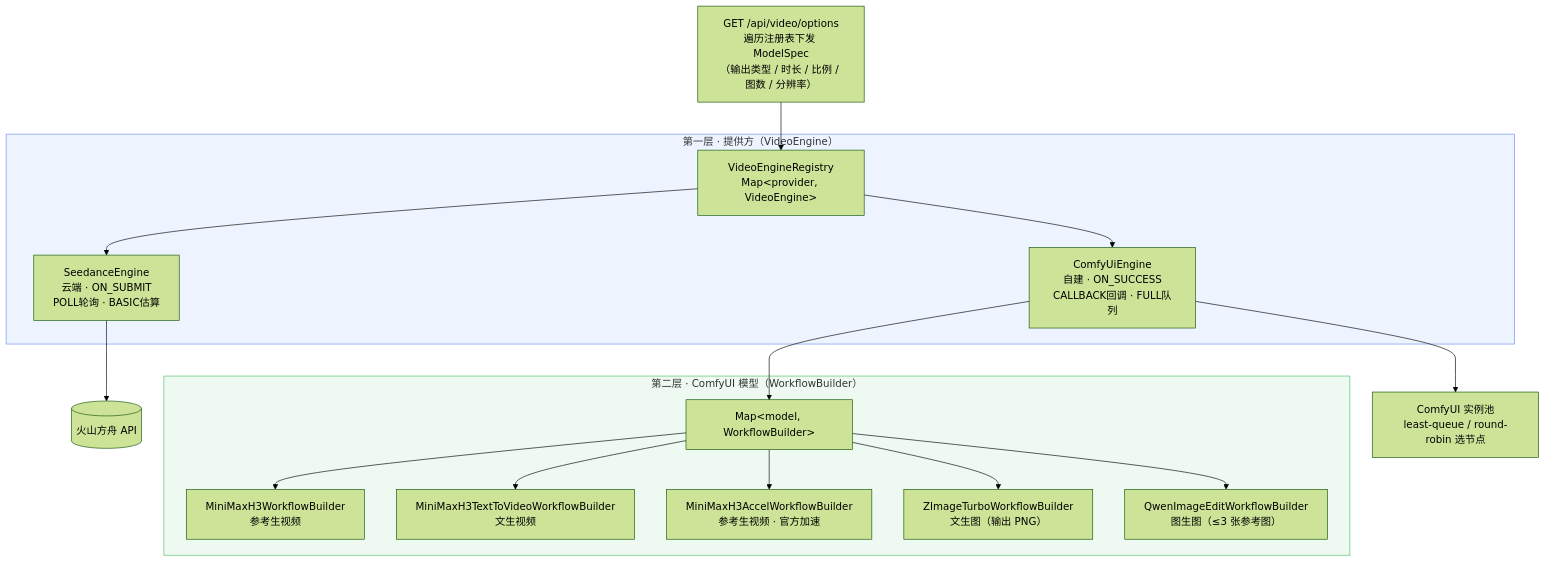
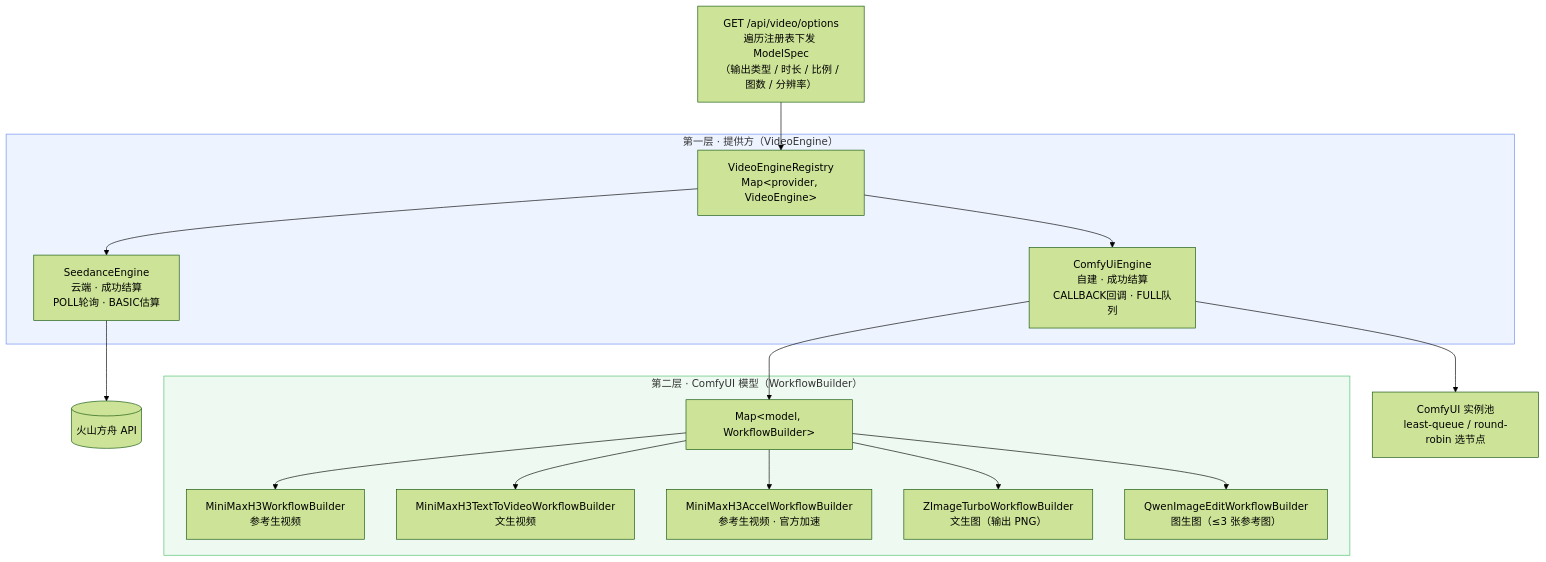
The second of 4 diagrams in README.md (rain10200918/SeedanceGenarate), drawn with Mermaid (forest theme) before and after one commit. The commit also changed other lines of this file and 3 other files, not shown here.

````diff
--- a/README.md
+++ b/README.md
@@ -166,29 +191,29 @@
 ```mermaid
 flowchart TD
     OPT["GET /api/video/options<br/>遍历注册表下发 ModelSpec<br/>（输出类型 / 时长 / 比例 / 图数 / 分辨率）"] --> REG
 
     subgraph L1["第一层 · 提供方（VideoEngine）"]
         REG["VideoEngineRegistry<br/>Map&lt;provider, VideoEngine&gt;"]
-        SE["SeedanceEngine<br/>云端 · ON_SUBMIT<br/>POLL轮询 · BASIC估算"]
-        CE["ComfyUiEngine<br/>自建 · ON_SUCCESS<br/>CALLBACK回调 · FULL队列"]
+        SE["SeedanceEngine<br/>云端 · 成功结算<br/>POLL轮询 · BASIC估算"]
+        CE["ComfyUiEngine<br/>自建 · 成功结算<br/>CALLBACK回调 · FULL队列"]
         REG --> SE
         REG --> CE
     end
 
     subgraph L2["第二层 · ComfyUI 模型（WorkflowBuilder）"]
         CE --> WM["Map&lt;model, WorkflowBuilder&gt;"]
         WM --> M1["MiniMaxH3WorkflowBuilder<br/>参考生视频"]
         WM --> M2["MiniMaxH3TextToVideoWorkflowBuilder<br/>文生视频"]
         WM --> M3["MiniMaxH3AccelWorkflowBuilder<br/>参考生视频 · 官方加速"]
         WM --> M4["ZImageTurboWorkflowBuilder<br/>文生图（输出 PNG）"]
         WM --> M5["QwenImageEditWorkflowBuilder<br/>图生图（≤3 张参考图）"]
     end
 
     SD[("火山方舟 API")]
     CF["ComfyUI 实例池<br/>least-queue / round-robin 选节点"]
     SE --> SD
     CE --> CF
 
     style L1 fill:#eef4ff,stroke:#6b8ef0
     style L2 fill:#eefaf1,stroke:#4fbf6a
 ```
````
